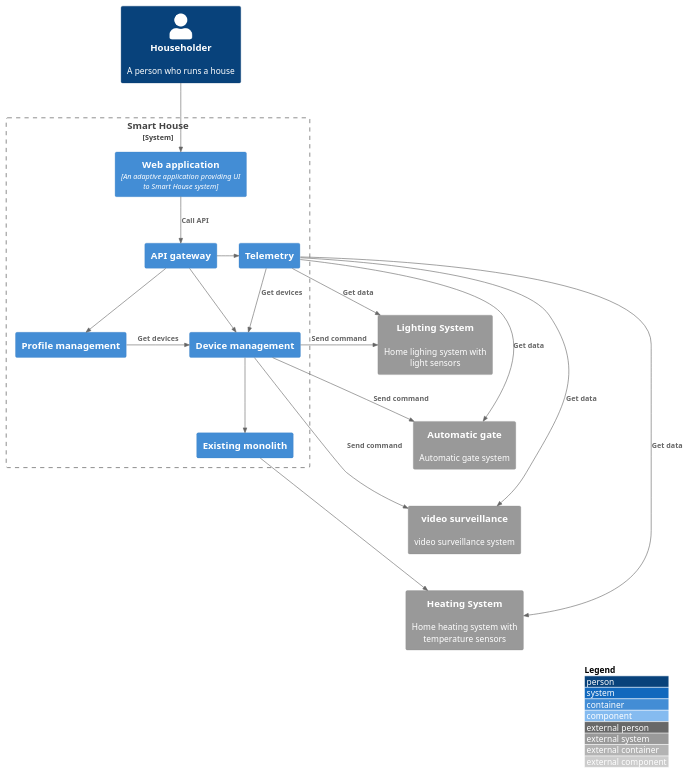
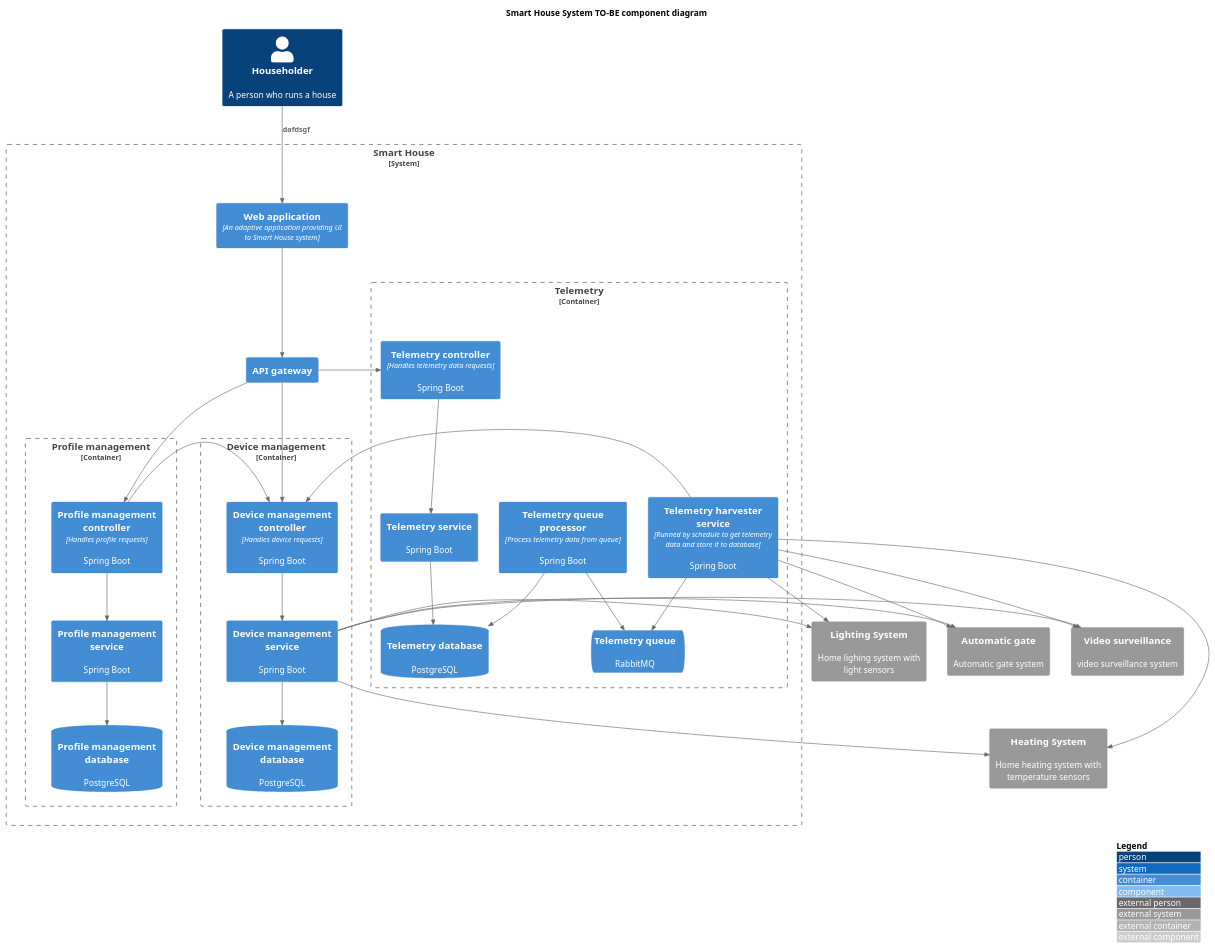
One commit to sissayenko/architecture-sprint-3 changed the diagram in C4-component.puml. Above: the diagram before and after it, drawn with PlantUML. The commit also changed 8 other files, not shown here.

```diff
--- a/C4-component.puml
+++ b/C4-component.puml
@@ -1,52 +1,85 @@
 @startuml
 !include <C4/C4_Component>
+
+Title Smart House System TO-BE component diagram
 
 LAYOUT_WITH_LEGEND()
 
 Person(householder, "Householder", "A person who runs a house")
 
 System_Boundary(smartHome_b, "Smart House", "A system that controls a house's heating system") {
     Container(web, "Web application", "An adaptive application providing UI to Smart House system")
     Container(gw, "API gateway")
-    Container(profile, "Profile management")
-    Container(device, "Device management")
-    Container(telemetry, "Telemetry")
-    Container(monolith, "Existing monolith")
+    Container_Boundary(profile, "Profile management") {
+        Container(profile_controller, "Profile management controller", "Handles profile requests", "Spring Boot")
+        Container(profile_service, "Profile management service", "", "Spring Boot")
+        ContainerDb(profile_db, "Profile management database", "", "PostgreSQL")
+
+        Lay_D(profile_controller, profile_service)
+        Lay_D(profile_service, profile_db)
+    }
+    Container_Boundary(device, "Device management") {
+        Container(device_controller, "Device management controller", "Handles device requests", "Spring Boot")
+        Container(device_service, "Device management service", "", "Spring Boot")
+        ContainerDb(device_db, "Device management database", "", "PostgreSQL")
+
+        Lay_D(device_controller, device_service)
+        Lay_D(device_service, device_db)
+    }
+    Container_Boundary(telemetry, "Telemetry") {
+        Container(telemetry_controller, "Telemetry controller", "Handles telemetry data requests", "Spring Boot")
+        Container(telemetry_service, "Telemetry service", "", "Spring Boot")
+        Container(telemetry_harvester, "Telemetry harvester service", "Runned by schedule to get telemetry data and store it to database", "Spring Boot")
+        ContainerDb(telemetry_db, "Telemetry database", "", "PostgreSQL")
+        ContainerQueue(telemetry_queue, "Telemetry queue", "", "RabbitMQ")
+        Container(telemetry_qp, "Telemetry queue processor", "Process telemetry data from queue", "Spring Boot")
+
+        Lay_D(telemetry_controller, telemetry_service)
+        Lay_D(telemetry_service, telemetry_db)
+        Lay_R(telemetry_service, telemetry_harvester)
+    }
 }
 
 System_Ext(heater, "Heating System", "Home heating system with temperature sensors")
 System_Ext(light, "Lighting System", "Home lighing system with light sensors")
 System_Ext(gate, "Automatic gate", "Automatic gate system")
-System_Ext(video, "video surveillance", "video surveillance system")
-
+System_Ext(video, "Video surveillance", "video surveillance system")
 
 Lay_R(profile, device)
 
-Rel_D(householder, web, "")
-Rel_D(web, gw, "Call API")
-Rel_D(gw, profile, "")
-Rel_D(gw, device, "")
-Rel_D(device, monolith, "")
+Rel_D(householder, web, "dafdsgf")
+Rel_D(web, gw, "")
 
-Rel_R(monolith, heater, "")
+Rel_D(gw, profile_controller, "")
+Rel_D(profile_controller, profile_service, "")
+Rel_D(profile_service, profile_db, "")
 
+Rel_D(gw, device_controller, "")
+Rel_D(device_controller, device_service, "")
+Rel_D(device_service, device_db, "")
+Rel_D(device_service, heater, "")
 
-Rel_R(device, light, "Send command")
-Rel_R(device, gate, "Send command")
-Rel_R(device, video, "Send command")
+Rel_R(device_service, light, "")
+Rel_R(device_service, gate, "")
+Rel_R(device_service, video, "")
 
-Rel_R(gw, telemetry, "")
+Rel_R(gw, telemetry_controller, "")
+Rel_D(telemetry_controller, telemetry_service, "")
+Rel_D(telemetry_harvester, telemetry_queue, "")
+Rel_D(telemetry_qp, telemetry_queue, "")
+Rel_D(telemetry_qp, telemetry_db, "")
+Rel_D(telemetry_service, telemetry_db, "")
+Rel_L(telemetry_harvester, device_controller, "")
 
-Lay_D(light, gate)
-Lay_D(gate, video)
-Lay_D(video, heater)
+'Lay_D(light, gate)
+'Lay_D(gate, video)
+'Lay_D(video, heater)
 
-Rel_R(telemetry, light, "Get data")
-Rel_R(telemetry, gate, "Get data")
-Rel_R(telemetry, video, "Get data")
-Rel_R(telemetry, heater, "Get data")
+Rel_R(telemetry_harvester, light, "")
+Rel_R(telemetry_harvester, gate, "")
+Rel_R(telemetry_harvester, video, "")
+Rel_R(telemetry_harvester, heater, "")
 
-Rel_R(profile, device, "Get devices")
-Rel_D(telemetry, device, "Get devices")
+Rel_R(profile_controller, device_controller, "") 
 
 @enduml
```
